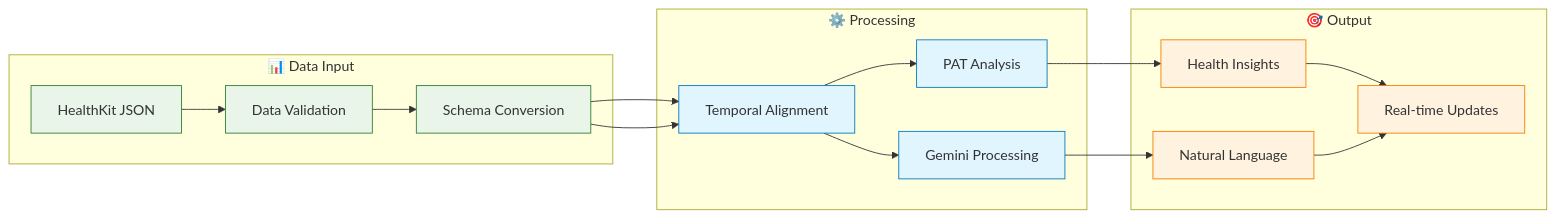
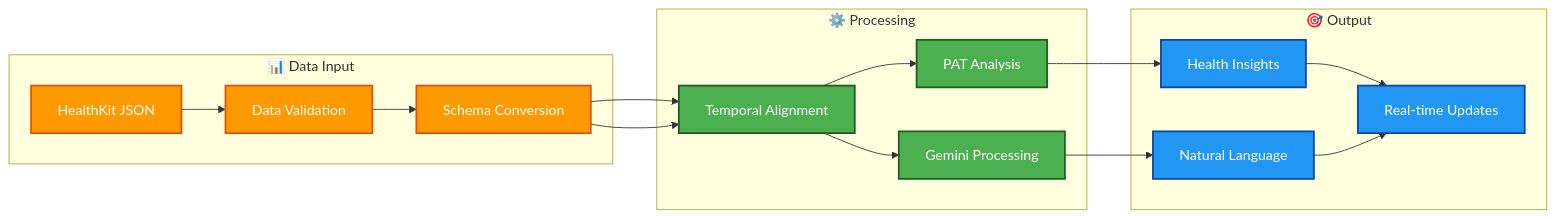
Before and after one commit to Clairty-Digital-Twin/clarity-loop-backend: the third of 9 diagrams in docs/README.md, drawn with Mermaid. The commit also changed other lines of this file and 1 other file, not shown here.

````diff
--- a/docs/README.md
+++ b/docs/README.md
@@ -120,36 +120,36 @@
 ```mermaid
 graph LR
     subgraph Input ["📊 Data Input"]
         A[HealthKit JSON]
         B[Data Validation]
         C[Schema Conversion]
     end
     
     subgraph Process ["⚙️ Processing"]
         D[Temporal Alignment]
         E[PAT Analysis]
         F[Gemini Processing]
     end
     
     subgraph Output ["🎯 Output"]
         G[Health Insights]
         H[Natural Language]
         I[Real-time Updates]
     end
     
     A --> B --> C
     C --> D --> E
     C --> D --> F
     E --> G
     F --> H
     G --> I
     H --> I
     
-    classDef input fill:#e8f5e8,stroke:#2e7d32
-    classDef process fill:#e1f5fe,stroke:#0277bd
-    classDef output fill:#fff3e0,stroke:#f57c00
+    classDef input fill:#ff9900,stroke:#e65100,stroke-width:2px,color:white
+    classDef process fill:#4caf50,stroke:#1b5e20,stroke-width:2px,color:white
+    classDef output fill:#2196f3,stroke:#0d47a1,stroke-width:2px,color:white
     
     class A,B,C input
     class D,E,F process
     class G,H,I output
 ```
````
